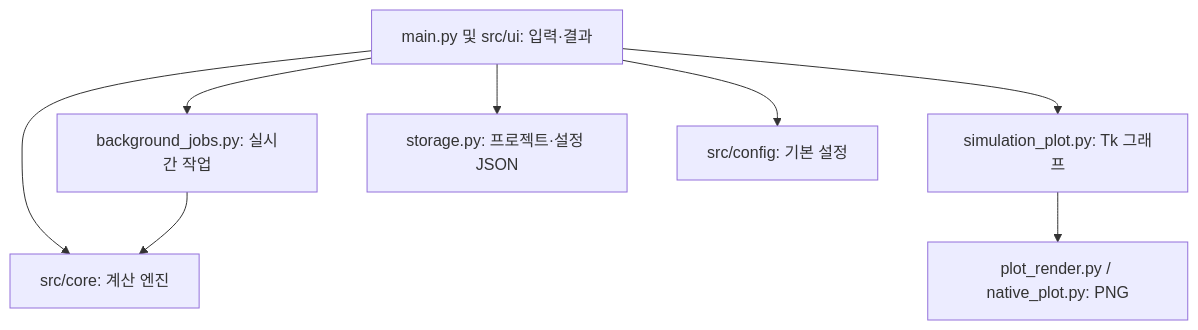
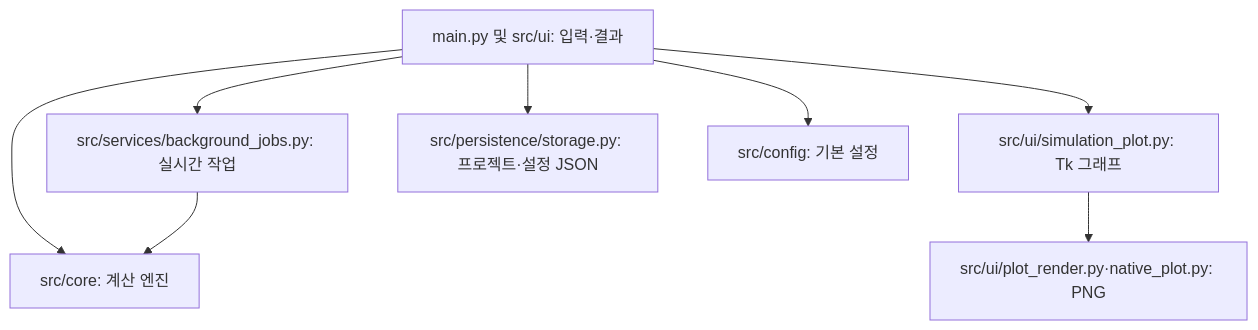
One commit to parkjongho1027-svg/EL- changed the diagram in README.md. Above: the diagram before and after it, drawn with Mermaid. The commit also changed other lines of this file and 66 other files, not shown here.

````diff
--- a/README.md
+++ b/README.md
@@ -26,10 +26,10 @@
 ```mermaid
 flowchart TD
     A["main.py 및 src/ui: 입력·결과"] --> B["src/core: 계산 엔진"]
-    A --> D["background_jobs.py: 실시간 작업"]
+    A --> D["src/services/background_jobs.py: 실시간 작업"]
     D --> B
-    A --> F["simulation_plot.py: Tk 그래프"]
-    F --> G["plot_render.py / native_plot.py: PNG"]
-    A --> H["storage.py: 프로젝트·설정 JSON"]
+    A --> F["src/ui/simulation_plot.py: Tk 그래프"]
+    F --> G["src/ui/plot_render.py·native_plot.py: PNG"]
+    A --> H["src/persistence/storage.py: 프로젝트·설정 JSON"]
     A --> I["src/config: 기본 설정"]
 ```
````
